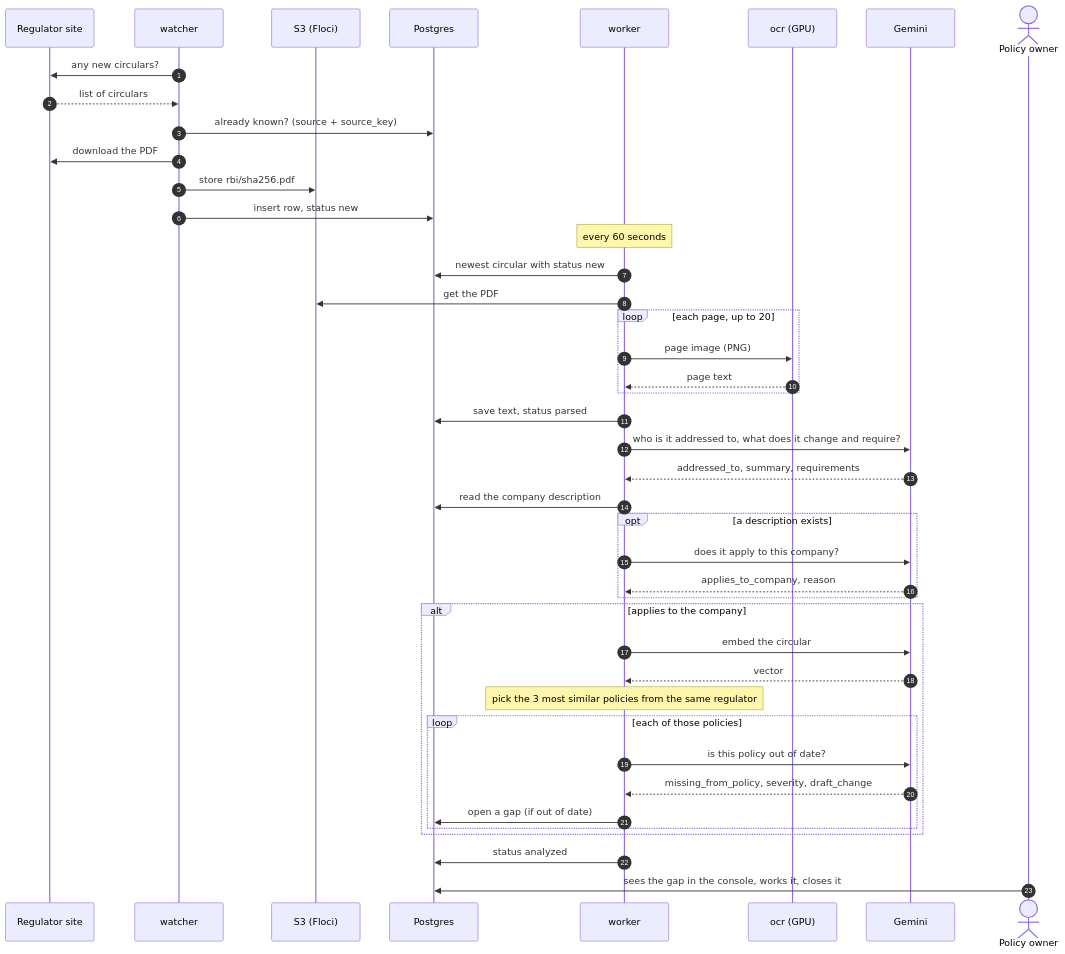
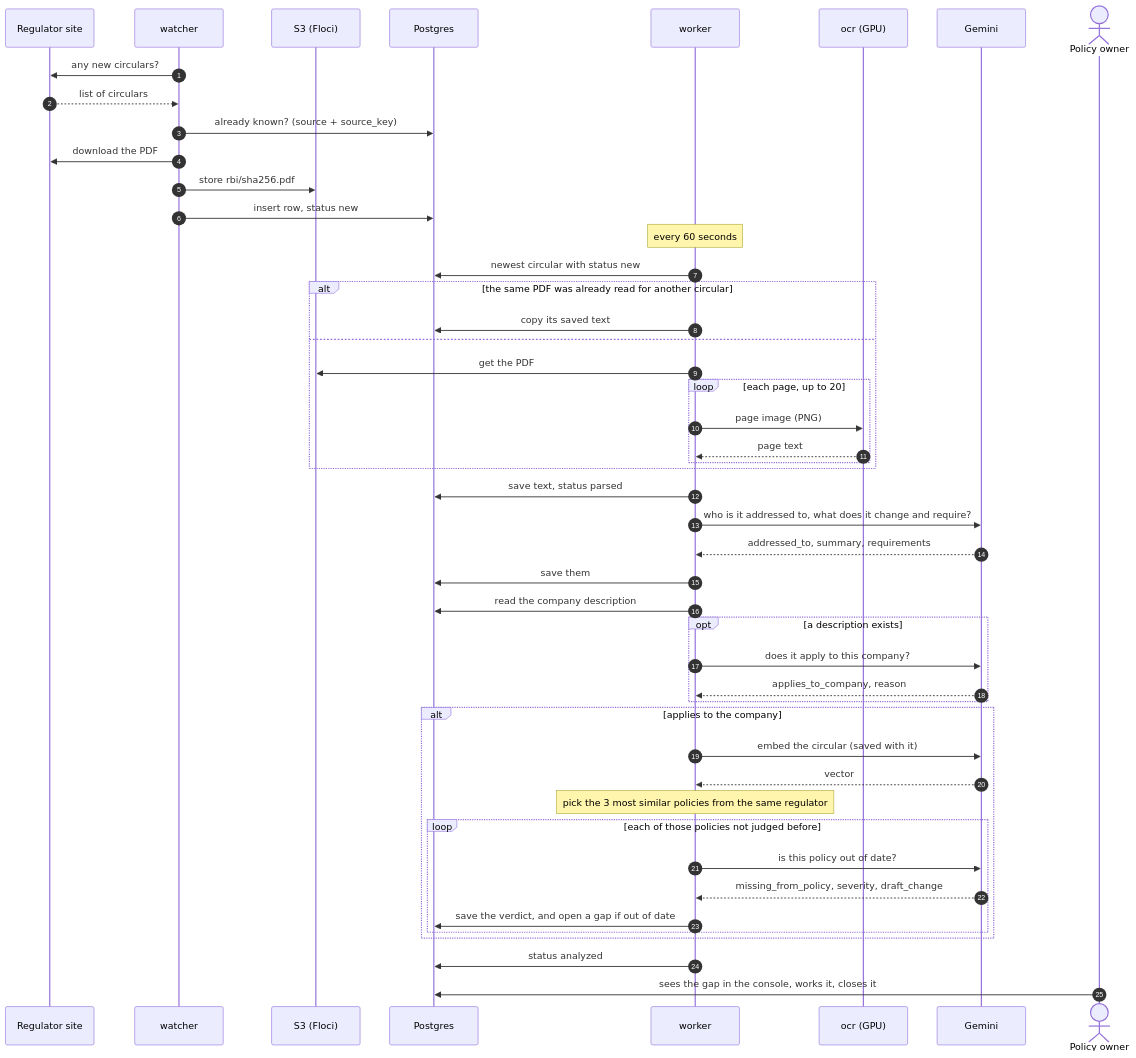
One commit to selvakumarperumal/Regulatory_Circular_Impact_Agent changed the third of 16 diagrams in how_it_works.md. Above: the diagram before and after it, drawn with Mermaid. The commit also changed other lines of this file and 15 other files, not shown here.

````diff
--- a/how_it_works.md
+++ b/how_it_works.md
@@ -140,48 +140,53 @@
 ```mermaid
 sequenceDiagram
     autonumber
     participant Site as Regulator site
     participant W as watcher
     participant S3 as S3 (Floci)
     participant DB as Postgres
     participant K as worker
     participant O as ocr (GPU)
     participant G as Gemini
     actor P as Policy owner
 
     W->>Site: any new circulars?
     Site-->>W: list of circulars
     W->>DB: already known? (source + source_key)
     W->>Site: download the PDF
     W->>S3: store rbi/sha256.pdf
     W->>DB: insert row, status new
 
     Note over K: every 60 seconds
     K->>DB: newest circular with status new
-    K->>S3: get the PDF
-    loop each page, up to 20
-        K->>O: page image (PNG)
-        O-->>K: page text
+    alt the same PDF was already read for another circular
+        K->>DB: copy its saved text
+    else
+        K->>S3: get the PDF
+        loop each page, up to 20
+            K->>O: page image (PNG)
+            O-->>K: page text
+        end
     end
     K->>DB: save text, status parsed
 
     K->>G: who is it addressed to, what does it change and require?
     G-->>K: addressed_to, summary, requirements
+    K->>DB: save them
     K->>DB: read the company description
     opt a description exists
         K->>G: does it apply to this company?
         G-->>K: applies_to_company, reason
     end
     alt applies to the company
-        K->>G: embed the circular
+        K->>G: embed the circular (saved with it)
         G-->>K: vector
         Note over K: pick the 3 most similar policies from the same regulator
-        loop each of those policies
+        loop each of those policies not judged before
             K->>G: is this policy out of date?
             G-->>K: missing_from_policy, severity, draft_change
-            K->>DB: open a gap (if out of date)
+            K->>DB: save the verdict, and open a gap if out of date
         end
     end
     K->>DB: status analyzed
     P->>DB: sees the gap in the console, works it, closes it
 ```
````
